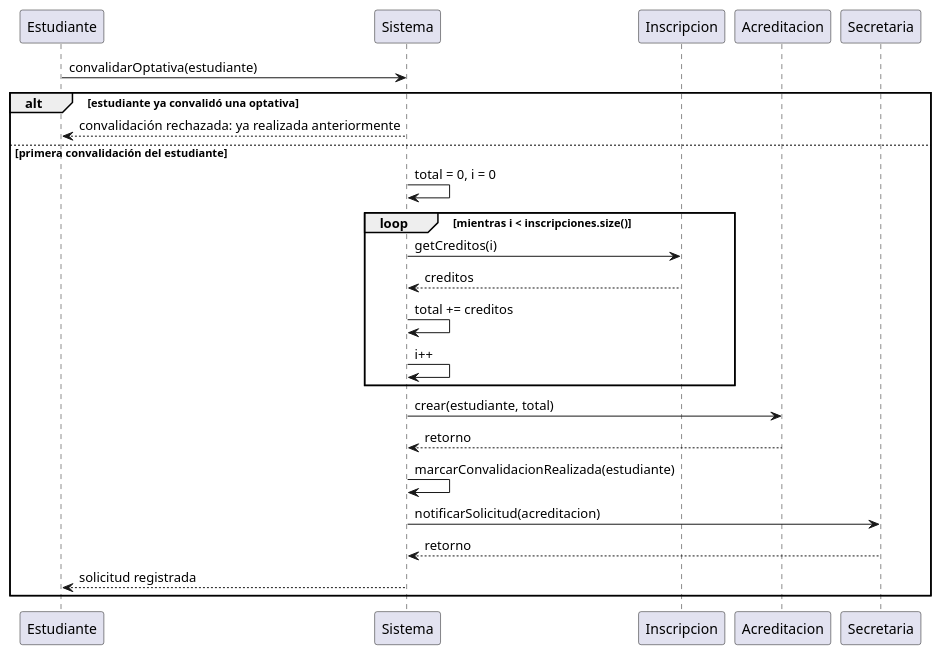
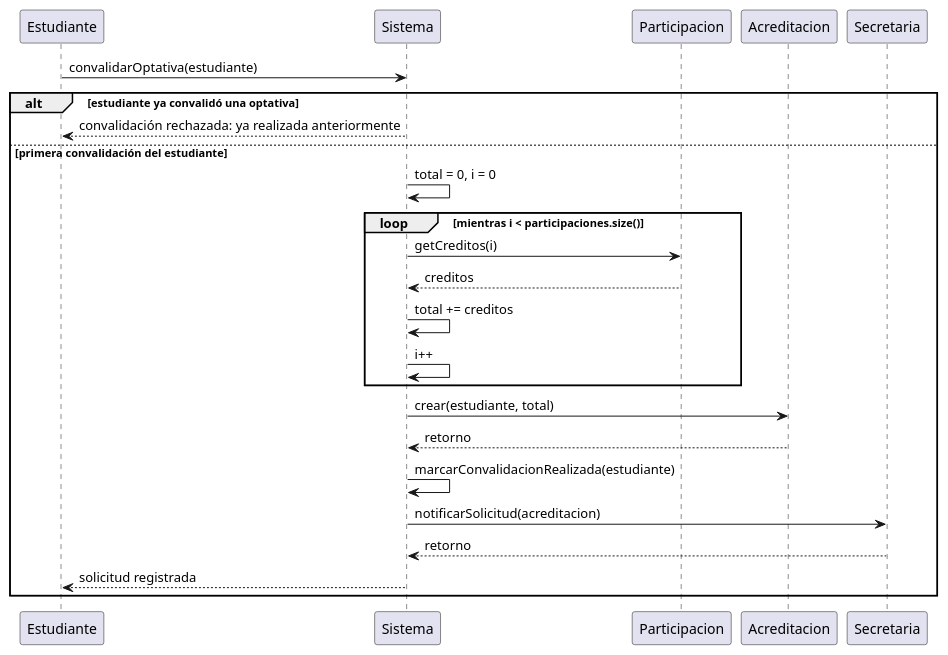
One commit to SaraVaqueroRelea/26-27-IdSw1-SDR changed the diagram in diagramas/diagramaSecuencia/diagramaSecuencias.puml. Above: the diagram before and after it, drawn with PlantUML.

Commit message:
Rename Inscripcion to Participacion in sequence diagram

```diff
--- a/diagramas/diagramaSecuencia/diagramaSecuencias.puml
+++ b/diagramas/diagramaSecuencia/diagramaSecuencias.puml
@@ -1,27 +1,27 @@
 participant Estudiante
 participant Sistema
-participant Inscripcion
+participant Participacion
 participant Acreditacion
 participant Secretaria
 
 Estudiante -> Sistema : convalidarOptativa(estudiante)
 
 alt estudiante ya convalidó una optativa
     Sistema --> Estudiante : convalidación rechazada: ya realizada anteriormente
 else primera convalidación del estudiante
     Sistema -> Sistema : total = 0, i = 0
 
-    loop mientras i < inscripciones.size()
-        Sistema -> Inscripcion : getCreditos(i)
-        Inscripcion --> Sistema : creditos
+    loop mientras i < participaciones.size()
+        Sistema -> Participacion : getCreditos(i)
+        Participacion --> Sistema : creditos
         Sistema -> Sistema : total += creditos
         Sistema -> Sistema : i++
     end
 
     Sistema -> Acreditacion : crear(estudiante, total)
     Acreditacion --> Sistema : retorno
     Sistema -> Sistema : marcarConvalidacionRealizada(estudiante)
     Sistema -> Secretaria : notificarSolicitud(acreditacion)
     Secretaria --> Sistema : retorno
     Sistema --> Estudiante : solicitud registrada
 end
```
